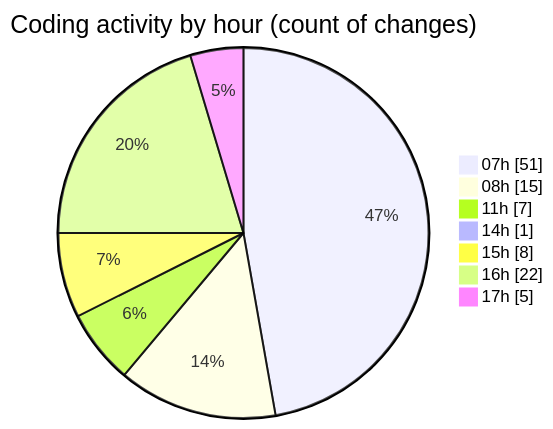
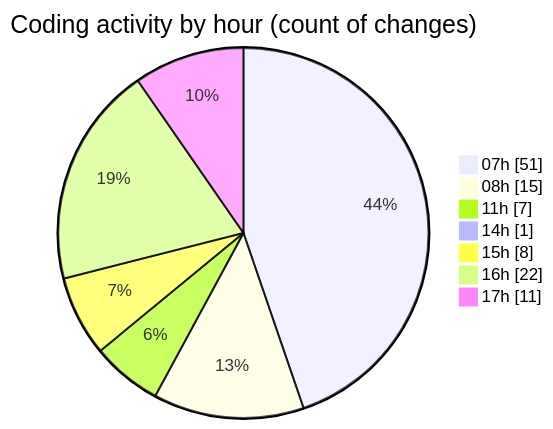
The second of 2 diagrams in 2025-01-17/mbc-web/README.md (robertbonfada/code-tracking), drawn with Mermaid before and after one commit. The commit also changed other lines of this file and 1 other file, not shown here.

````diff
--- a/2025-01-17/mbc-web/README.md
+++ b/2025-01-17/mbc-web/README.md
@@ -47,11 +48,11 @@
 ```mermaid
 pie showData
 title Coding activity by hour (count of changes)
 "07h" : 51
 "08h" : 15
 "11h" : 7
 "14h" : 1
 "15h" : 8
 "16h" : 22
-"17h" : 5
+"17h" : 11
 ```
````
